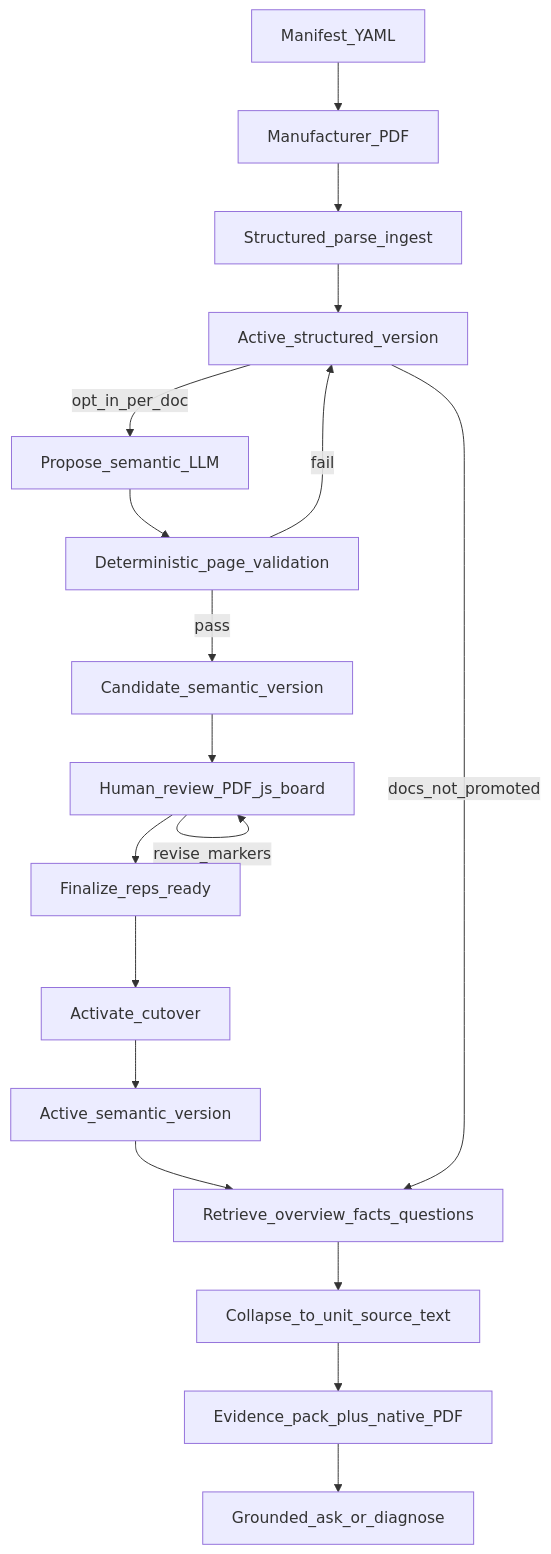
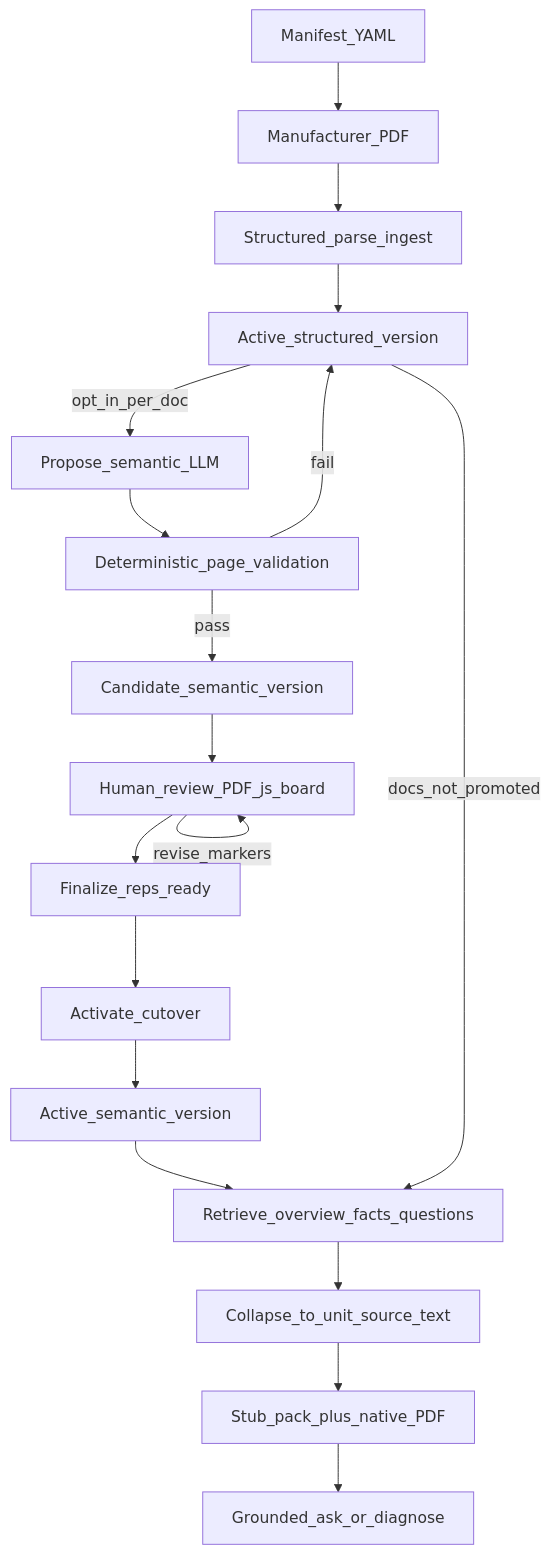
The first of 3 diagrams in docs/architecture/08-semantic-curator-to-generate.md (raghuram-chittibomma/ai-repair-assistant), drawn with Mermaid before and after one commit. The commit also changed other lines of this file and 22 other files, not shown here.

First line of the commit message:
Make semantic generate PDF-primary with stub evidence packs (ADR-0051).

````diff
--- a/docs/architecture/08-semantic-curator-to-generate.md
+++ b/docs/architecture/08-semantic-curator-to-generate.md
@@ -34,36 +37,36 @@
 ```mermaid
 flowchart TD
   manifest[Manifest_YAML]
   pdf[Manufacturer_PDF]
   structured[Structured_parse_ingest]
   activeStruct[Active_structured_version]
   propose[Propose_semantic_LLM]
   validate[Deterministic_page_validation]
   candidate[Candidate_semantic_version]
   board[Human_review_PDF_js_board]
   finalize[Finalize_reps_ready]
   activate[Activate_cutover]
   activeSem[Active_semantic_version]
   retrieve[Retrieve_overview_facts_questions]
   collapse[Collapse_to_unit_source_text]
-  pack[Evidence_pack_plus_native_PDF]
+  pack[Stub_pack_plus_native_PDF]
   answer[Grounded_ask_or_diagnose]
 
   manifest --> pdf
   pdf --> structured
   structured --> activeStruct
   activeStruct -->|opt_in_per_doc| propose
   propose --> validate
   validate -->|fail| activeStruct
   validate -->|pass| candidate
   candidate --> board
   board -->|revise_markers| board
   board --> finalize
   finalize --> activate
   activate --> activeSem
   activeSem --> retrieve
   retrieve --> collapse
   collapse --> pack
   pack --> answer
   activeStruct -->|docs_not_promoted| retrieve
 ```
````
